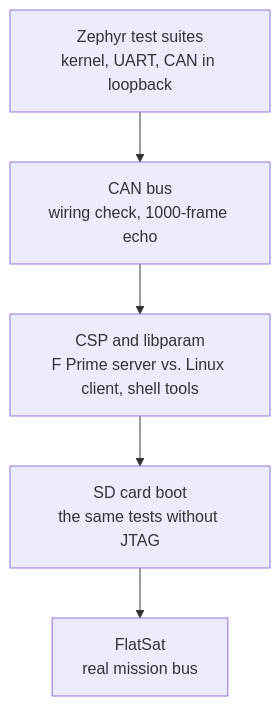
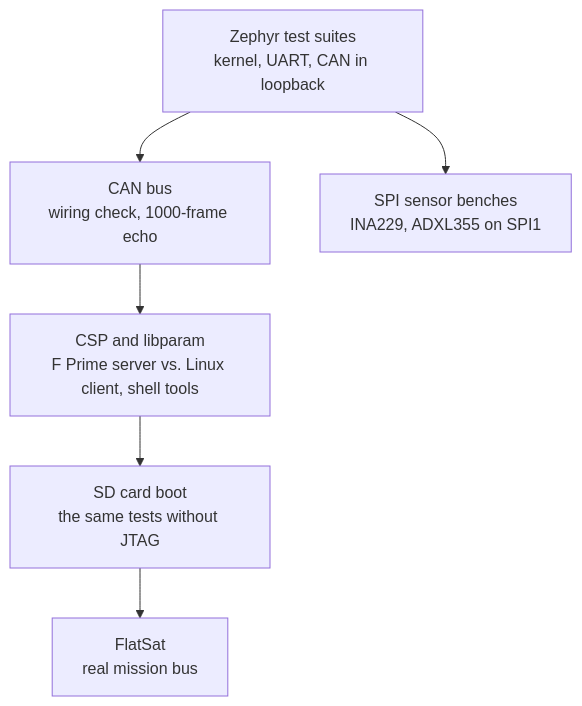
Before and after one commit to SiboVG/ZephyrOSTe0715: the diagram in docs/tests/index.md, drawn with Mermaid. The commit also changed other lines of this file and 70 other files, not shown here.

First line of the commit message:
Sensor benches: INA229 and ADXL355 on SPI1

````diff
--- a/docs/tests/index.md
+++ b/docs/tests/index.md
@@ -7,7 +7,8 @@
 ```mermaid
 flowchart TB
     T1["Zephyr test suites<br/>kernel, UART, CAN in loopback"] --> T2["CAN bus<br/>wiring check, 1000-frame echo"]
     T2 --> T3["CSP and libparam<br/>F Prime server vs. Linux client, shell tools"]
     T3 --> T4["SD card boot<br/>the same tests without JTAG"]
     T4 --> T5["FlatSat<br/>real mission bus"]
+    T1 --> S1["SPI sensor benches<br/>INA229, ADXL355 on SPI1"]
 ```
````
